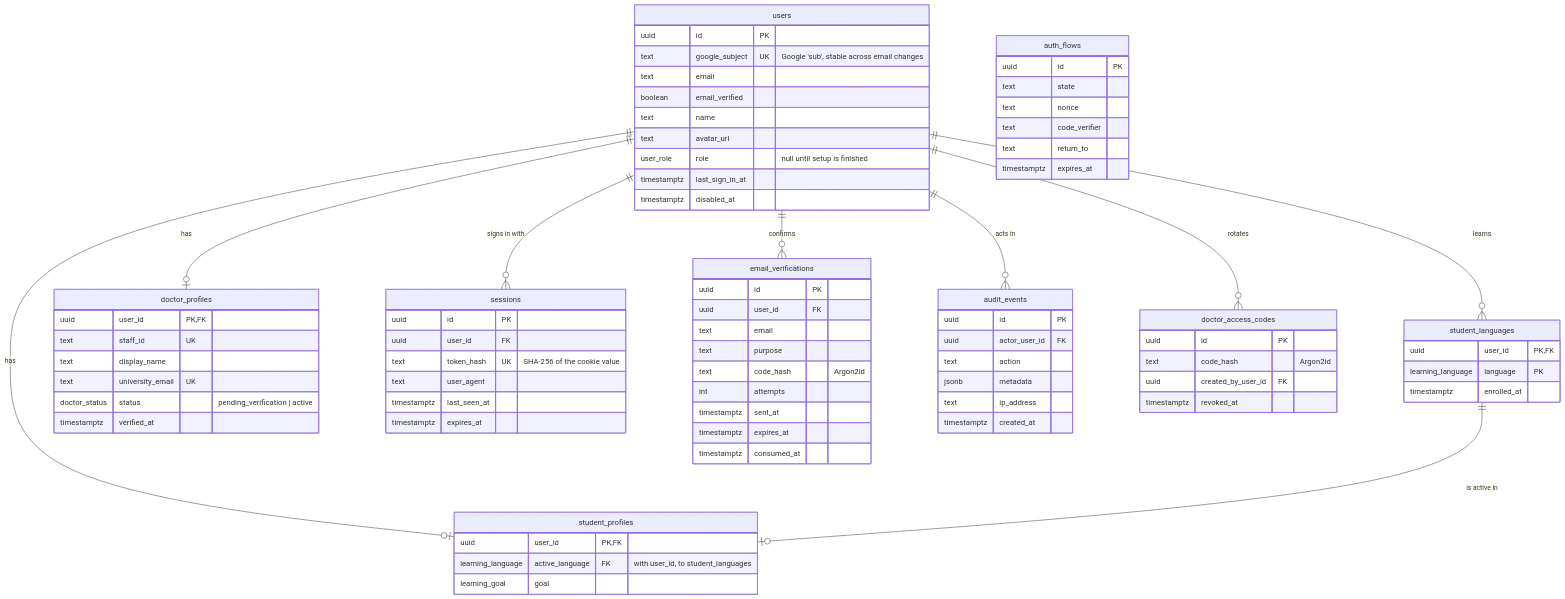
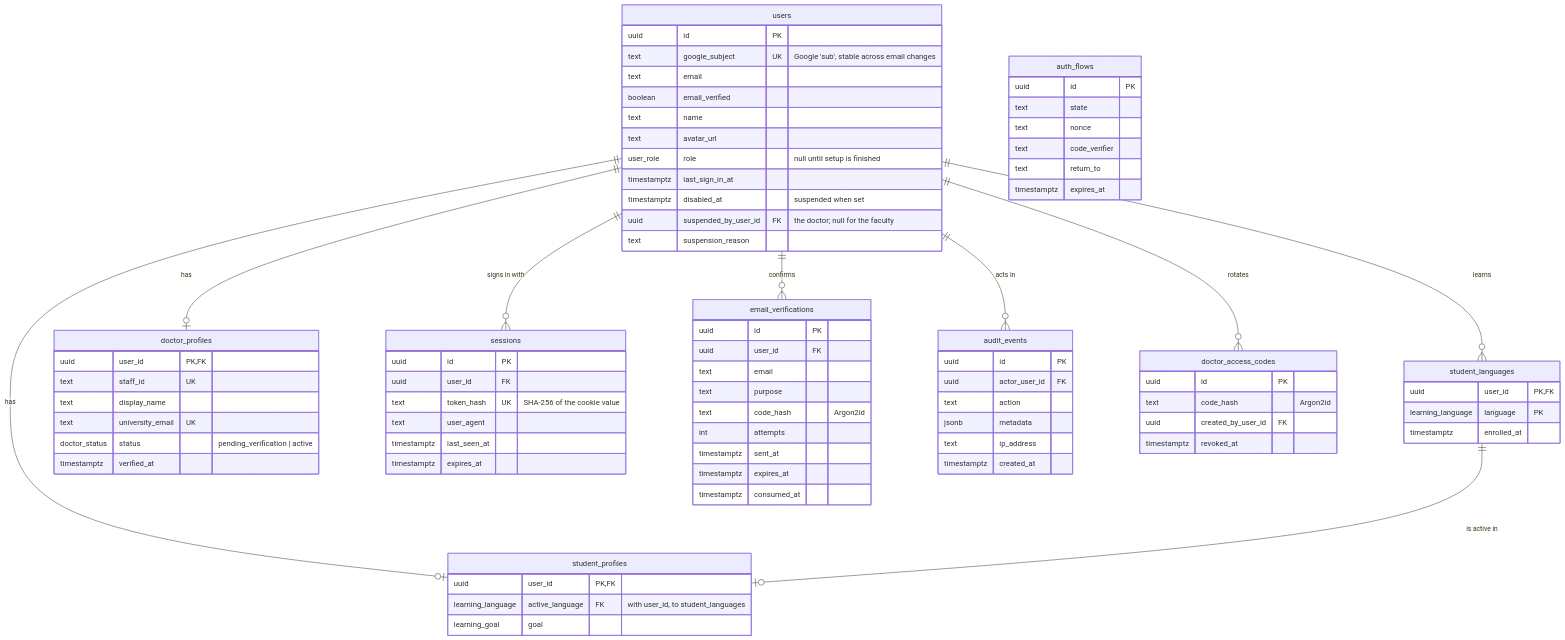
Before and after one commit to mariosaad123/ACU-graduation-projecct-Ramez-: the first of 4 diagrams in docs/data-model.md, drawn with Mermaid. The commit also changed other lines of this file and 24 other files, not shown here.

```diff
--- a/docs/data-model.md
+++ b/docs/data-model.md
@@ -25,7 +25,9 @@
         text avatar_url
         user_role role "null until setup is finished"
         timestamptz last_sign_in_at
-        timestamptz disabled_at
+        timestamptz disabled_at "suspended when set"
+        uuid suspended_by_user_id FK "the doctor; null for the faculty"
+        text suspension_reason
     }
     student_profiles {
         uuid user_id PK, FK
```
